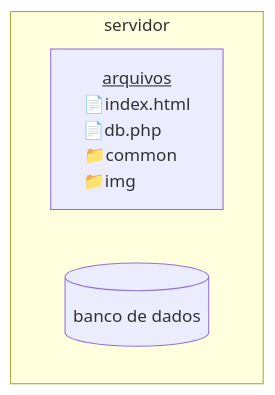
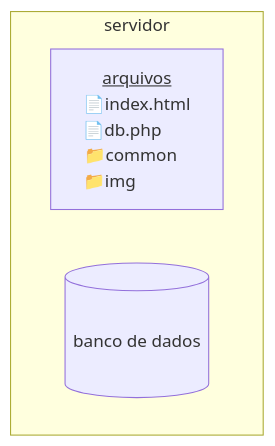
One commit to yxuo/learning changed the first of 2 diagrams in python/tutorials/mysql-connector/readme.md. Above: the diagram before and after it, drawn with Mermaid.

Commit message:
mermaid: incrise height of 'database'

````diff
--- a/python/tutorials/mysql-connector/readme.md
+++ b/python/tutorials/mysql-connector/readme.md
@@ -9,9 +9,9 @@
 ```mermaid
 flowchart TD
 subgraph Sservidor["servidor"]
 
     arq["<u>arquivos</u><br>📄index.html<br>📄db.php ⠀⠀<br>📁common⠀<br>📁img ⠀⠀⠀⠀"]
 
-    db[("banco de dados")]
+    db[("<p></p><br><p>banco de dados</p><br>")]
 end
 ```
````
